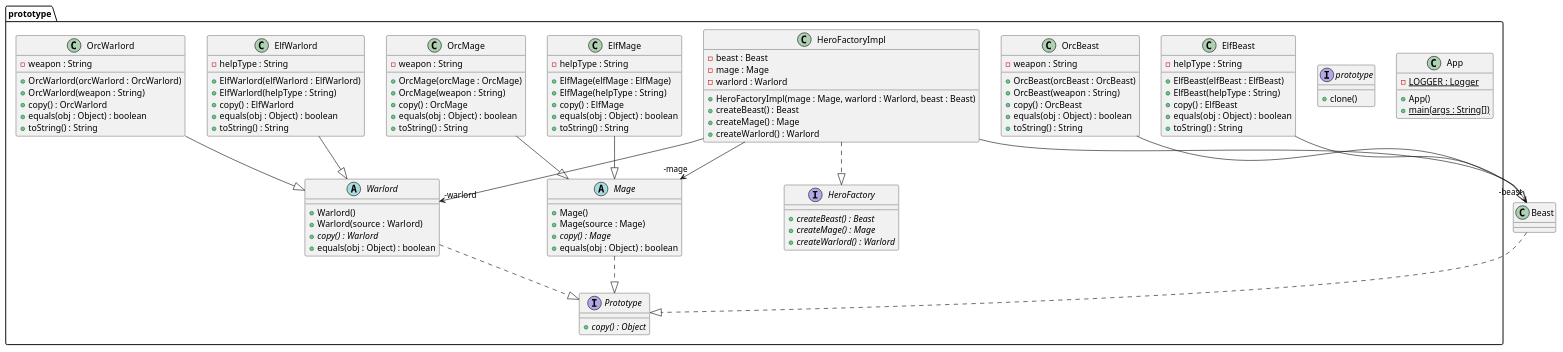
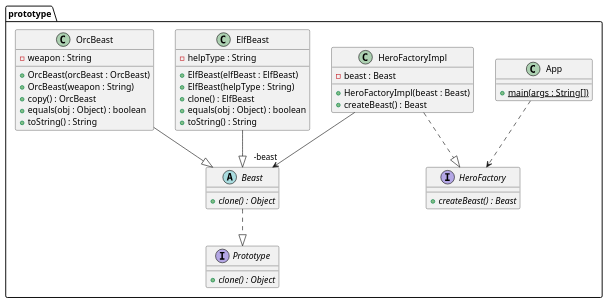
Before and after one commit to qufeiyan/design-patterns-for-c: the diagram in Prototype/prototype.puml, drawn with PlantUML. The commit also changed 6 other files, not shown here.

Commit message:
update uml.

```diff
--- a/Prototype/prototype.puml
+++ b/Prototype/prototype.puml
@@ -1,102 +1,43 @@
 @startuml
 package prototype {
   class App {
-    - LOGGER : Logger {static}
-    + App()
     + main(args : String[]) {static}
   }
-  interface prototype {
-    + clone()
+  interface Prototype {
+    + clone() : Object {abstract}
+  }
+  abstract class Beast{
+    + clone() : Object {abstract}
   }
   class ElfBeast {
     - helpType : String
     + ElfBeast(elfBeast : ElfBeast)
     + ElfBeast(helpType : String)
-    + copy() : ElfBeast
+    + clone() : ElfBeast
     + equals(obj : Object) : boolean
     + toString() : String
-  }
-  class ElfMage {
-    - helpType : String
-    + ElfMage(elfMage : ElfMage)
-    + ElfMage(helpType : String)
-    + copy() : ElfMage
-    + equals(obj : Object) : boolean
-    + toString() : String
-  }
-  class ElfWarlord {
-    - helpType : String
-    + ElfWarlord(elfWarlord : ElfWarlord)
-    + ElfWarlord(helpType : String)
-    + copy() : ElfWarlord
-    + equals(obj : Object) : boolean
-    + toString() : String
-  }
-  interface HeroFactory {
-    + createBeast() : Beast {abstract}
-    + createMage() : Mage {abstract}
-    + createWarlord() : Warlord {abstract}
-  }
-  class HeroFactoryImpl {
-    - beast : Beast
-    - mage : Mage
-    - warlord : Warlord
-    + HeroFactoryImpl(mage : Mage, warlord : Warlord, beast : Beast)
-    + createBeast() : Beast
-    + createMage() : Mage
-    + createWarlord() : Warlord
-  }
-  abstract class Mage {
-    + Mage()
-    + Mage(source : Mage)
-    + copy() : Mage {abstract}
-    + equals(obj : Object) : boolean
   }
   class OrcBeast {
     - weapon : String
     + OrcBeast(orcBeast : OrcBeast)
     + OrcBeast(weapon : String)
     + copy() : OrcBeast
     + equals(obj : Object) : boolean
     + toString() : String
   }
-  class OrcMage {
-    - weapon : String
-    + OrcMage(orcMage : OrcMage)
-    + OrcMage(weapon : String)
-    + copy() : OrcMage
-    + equals(obj : Object) : boolean
-    + toString() : String
+  interface HeroFactory {
+    + createBeast() : Beast {abstract}
   }
-  class OrcWarlord {
-    - weapon : String
-    + OrcWarlord(orcWarlord : OrcWarlord)
-    + OrcWarlord(weapon : String)
-    + copy() : OrcWarlord
-    + equals(obj : Object) : boolean
-    + toString() : String
-  }
-  interface Prototype {
-    + copy() : Object {abstract}
-  }
-  abstract class Warlord {
-    + Warlord()
-    + Warlord(source : Warlord)
-    + copy() : Warlord {abstract}
-    + equals(obj : Object) : boolean
+  class HeroFactoryImpl {
+    - beast : Beast
+    + HeroFactoryImpl(beast : Beast)
+    + createBeast() : Beast
   }
 }
-HeroFactoryImpl -->  "-beast" Beast
-HeroFactoryImpl -->  "-warlord" Warlord
-HeroFactoryImpl -->  "-mage" Mage
 Beast ..|> Prototype
 ElfBeast --|> Beast
-ElfMage --|> Mage
-ElfWarlord --|> Warlord
+OrcBeast --|> Beast
+HeroFactoryImpl -->  "-beast" Beast
 HeroFactoryImpl ..|> HeroFactory
-Mage ..|> Prototype
-OrcBeast --|> Beast
-OrcMage --|> Mage
-OrcWarlord --|> Warlord
-Warlord ..|> Prototype
+App ..> HeroFactory
 @enduml
```
